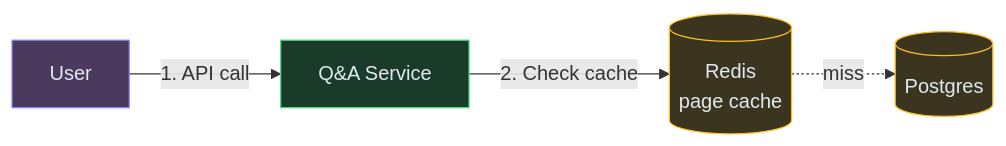
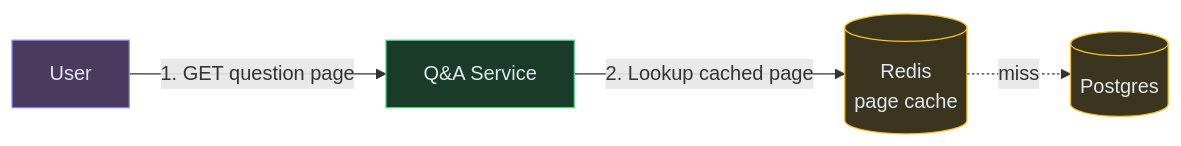
Before and after one commit to iluzn/HLD-Designs: the second of 4 diagrams in content/hld/QAForum.md, drawn with Mermaid. The commit also changed other lines of this file and 27 other files, not shown here.

````diff
--- a/content/hld/QAForum.md
+++ b/content/hld/QAForum.md
@@ -99,15 +99,15 @@
 ```mermaid
 flowchart LR
     USER["User"]:::client
     API["Q&A Service"]:::service
     CACHE[("Redis<br/>page cache")]:::data
     DB[("Postgres")]:::data
 
-    USER -->|"1. API call"| API
-    API -->|"2. Check cache"| CACHE
+    USER -->|"1. GET question page"| API
+    API -->|"2. Lookup cached page"| CACHE
     CACHE -.->|miss| DB
 
     classDef client fill:#4c3a5e,stroke:#818cf8,color:#e2e8f0
     classDef service fill:#1a3a2a,stroke:#4ade80,color:#e2e8f0
     classDef data fill:#3b3520,stroke:#fbbf24,color:#e2e8f0
 ```
````
